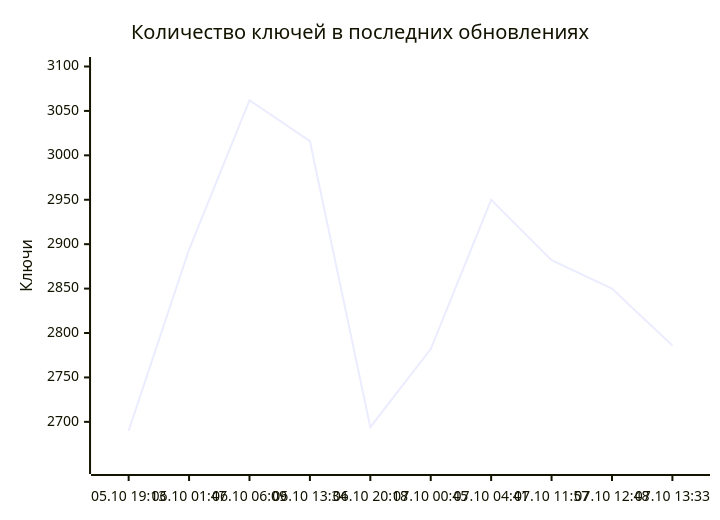
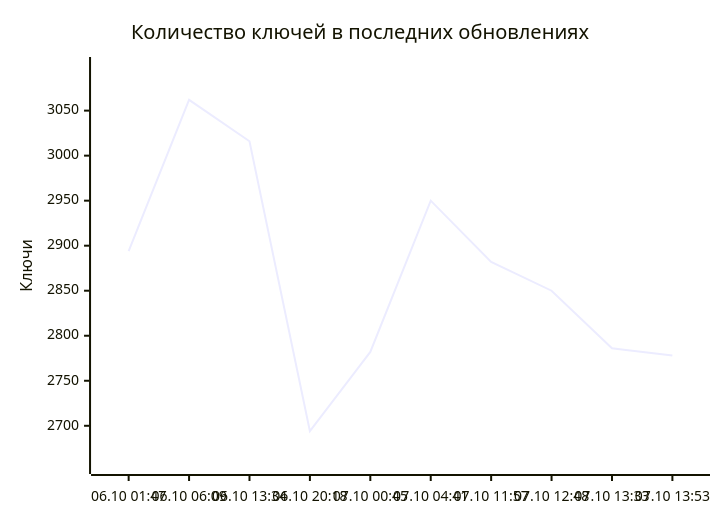
The diagram in README.md (markKikhtenko/WireVeil), drawn with Mermaid before and after one commit. The commit also changed other lines of this file and 11 other files, not shown here.

````diff
--- a/README.md
+++ b/README.md
@@ -55,7 +55,7 @@
 ```mermaid
 xychart-beta
     title "Количество ключей в последних обновлениях"
-    x-axis ["05.10 19:13", "06.10 01:47", "06.10 06:09", "06.10 13:34", "06.10 20:18", "07.10 00:45", "07.10 04:41", "07.10 11:57", "07.10 12:48", "07.10 13:33"]
-    y-axis "Ключи" 2652 --> 3100
-    line [2690, 2894, 3062, 3016, 2694, 2782, 2950, 2882, 2850, 2786]
+    x-axis ["06.10 01:47", "06.10 06:09", "06.10 13:34", "06.10 20:18", "07.10 00:45", "07.10 04:41", "07.10 11:57", "07.10 12:48", "07.10 13:33", "07.10 13:53"]
+    y-axis "Ключи" 2657 --> 3099
+    line [2894, 3062, 3016, 2694, 2782, 2950, 2882, 2850, 2786, 2778]
 ```
````
